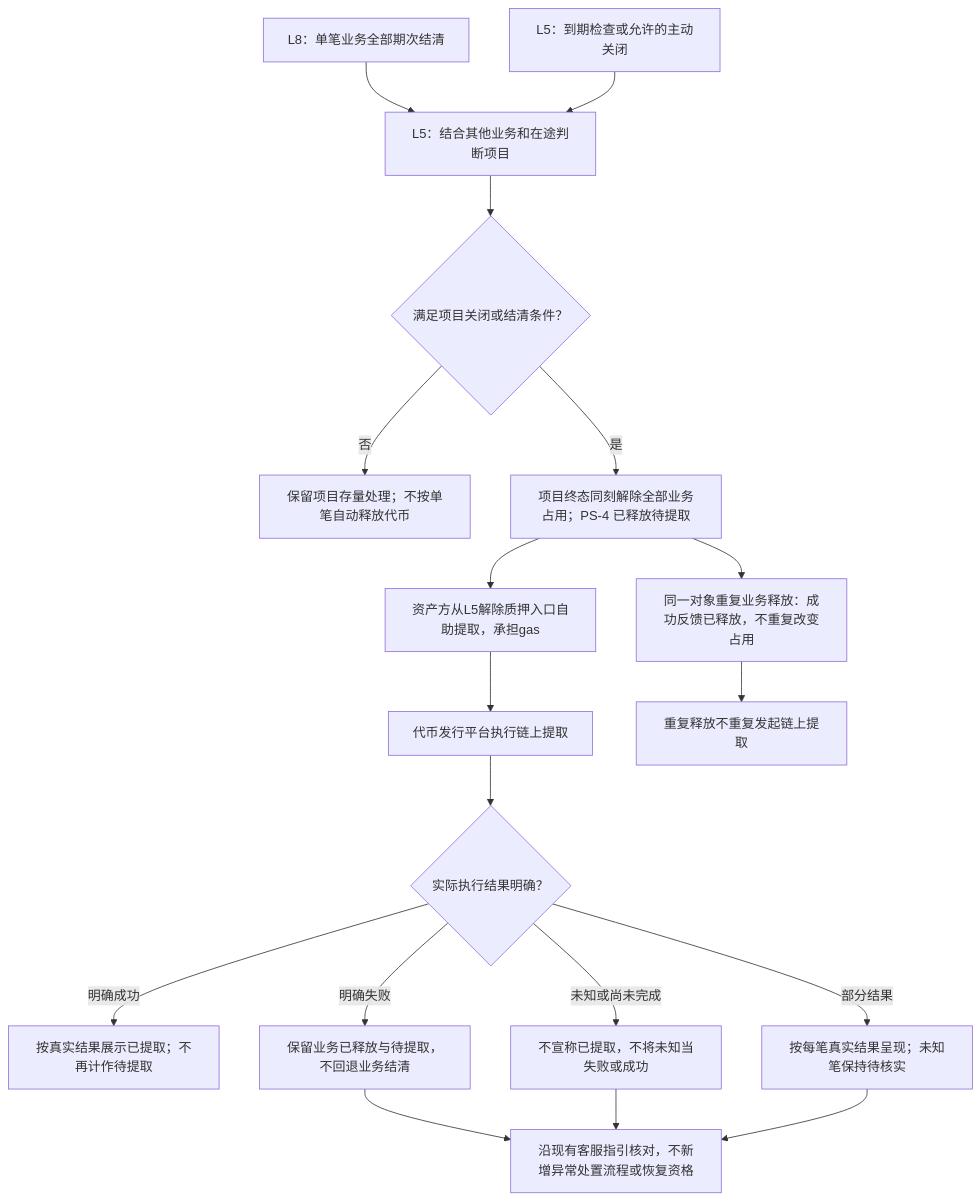
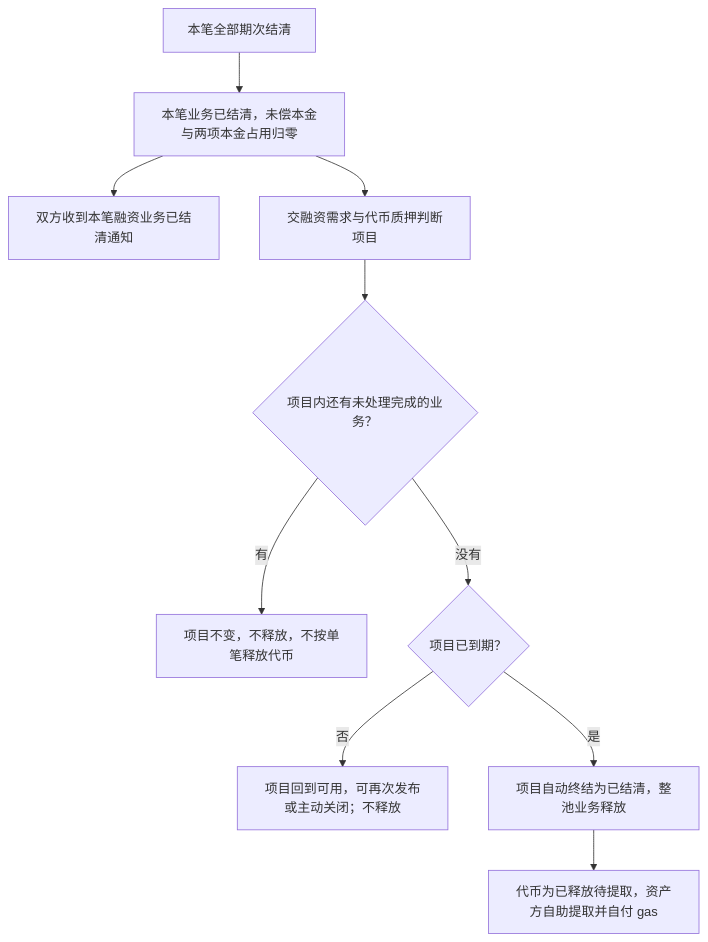
The third of 5 diagrams in lending-platform/PRD/面客端/08-借贷广场-还款计划与还款确认/02-还款计划与还款确认-流程图与状态机.md (wxblockchain/Chain-Financing), drawn with Mermaid before and after one commit. The commit also changed other lines of this file and 6 other files, not shown here.

````diff
--- a/lending-platform/PRD/面客端/08-借贷广场-还款计划与还款确认/02-还款计划与还款确认-流程图与状态机.md
+++ b/lending-platform/PRD/面客端/08-借贷广场-还款计划与还款确认/02-还款计划与还款确认-流程图与状态机.md
@@ -83,21 +81,12 @@
 ```mermaid
 flowchart TD
-  A[L8：单笔业务全部期次结清] --> B[L5：结合其他业务和在途判断项目]
-  C[L5：到期检查或允许的主动关闭] --> B
-  B --> D{满足项目关闭或结清条件？}
-  D -->|否| E[保留项目存量处理；不按单笔自动释放代币]
-  D -->|是| F[项目终态同刻解除全部业务占用；PS-4 已释放待提取]
-  F --> G[资产方从L5解除质押入口自助提取，承担gas]
-  G --> H[代币发行平台执行链上提取]
-  H --> I{实际执行结果明确？}
-  I -->|明确成功| J[按真实结果展示已提取；不再计作待提取]
-  I -->|明确失败| K[保留业务已释放与待提取，不回退业务结清]
-  I -->|未知或尚未完成| L[不宣称已提取，不将未知当失败或成功]
-  K --> M[沿现有客服指引核对，不新增异常处置流程或恢复资格]
-  L --> M
-  I -->|部分结果| V[按每笔真实结果呈现；未知笔保持待核实]
-  V --> M
-  F --> N[同一对象重复业务释放：成功反馈已释放，不重复改变占用]
-  N --> O[重复释放不重复发起链上提取]
-
+  A[本笔全部期次结清] --> B[本笔业务已结清，未偿本金与两项本金占用归零]
+  B --> C[双方收到本笔融资业务已结清通知]
+  B --> D[交融资需求与代币质押判断项目]
+  D --> E{项目内还有未处理完成的业务？}
+  E -->|有| F[项目不变，不释放，不按单笔释放代币]
+  E -->|没有| G{项目已到期？}
+  G -->|否| H[项目回到可用，可再次发布或主动关闭；不释放]
+  G -->|是| I[项目自动终结为已结清，整池业务释放]
+  I --> J[代币为已释放待提取，资产方自助提取并自付 gas]
 ```
````
